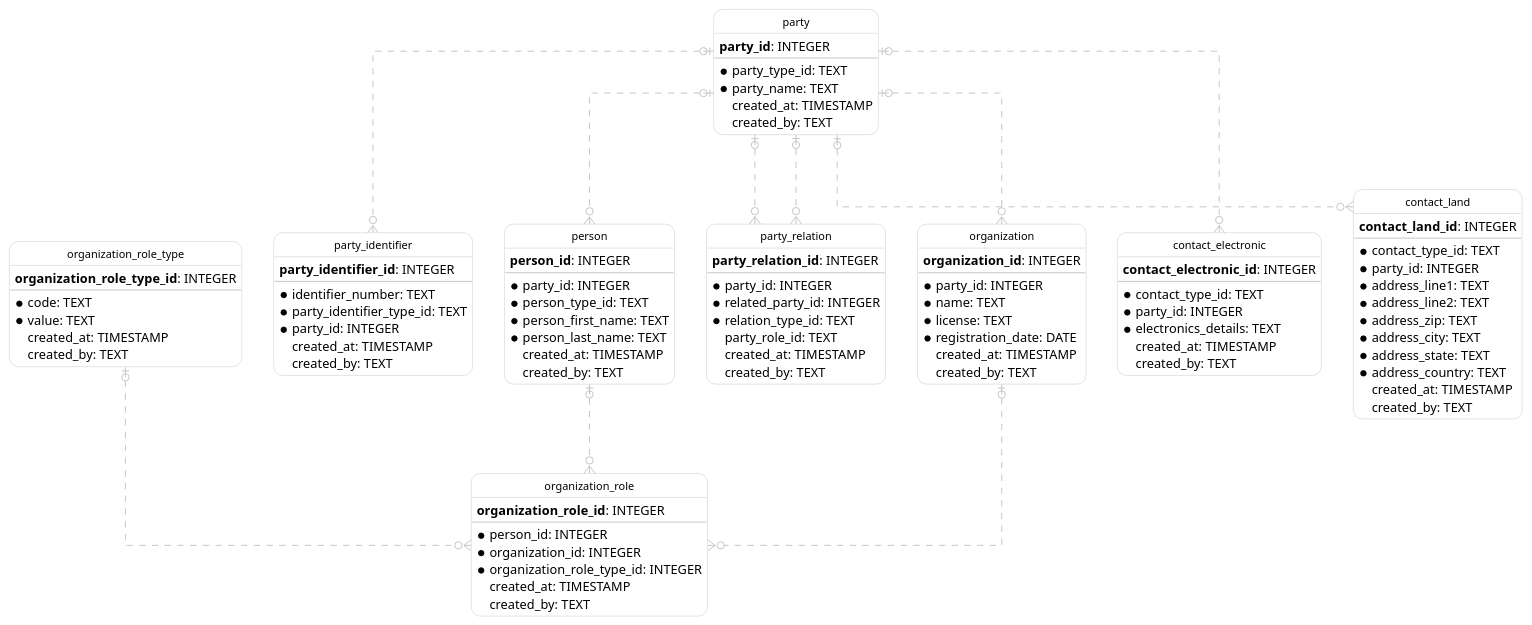
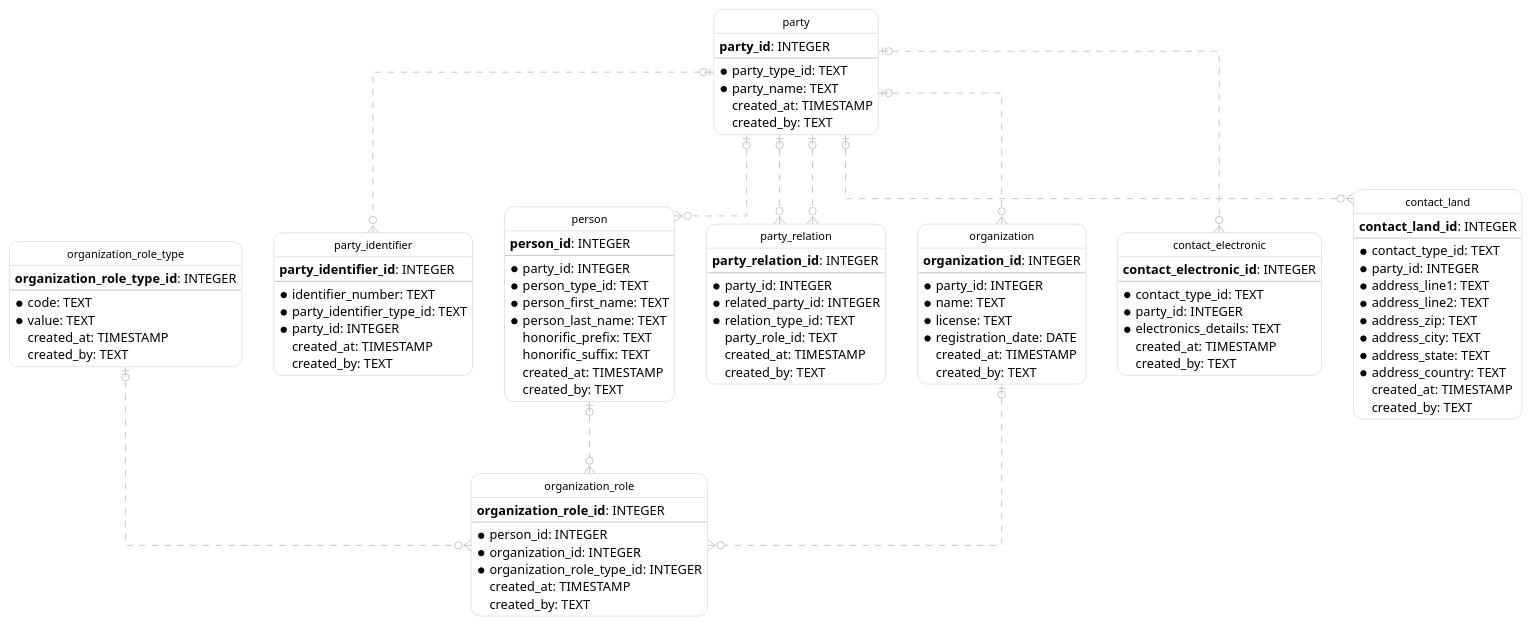
The diagram in pattern/udm/models_test.fixture.puml (netspective-labs/sql-aide), drawn with PlantUML before and after one commit. The commit also changed 14 other files, not shown here.

```diff
--- a/pattern/udm/models_test.fixture.puml
+++ b/pattern/udm/models_test.fixture.puml
@@ -1,119 +1,121 @@
 @startuml IE
   hide circle
   skinparam linetype ortho
   skinparam roundcorner 20
   skinparam class {
     BackgroundColor White
     ArrowColor Silver
     BorderColor Silver
     FontColor Black
     FontSize 12
   }
 
   entity "organization_role_type" as organization_role_type {
       **organization_role_type_id**: INTEGER
     --
     * code: TEXT
     * value: TEXT
       created_at: TIMESTAMP
       created_by: TEXT
   }
 
   entity "party" as party {
       **party_id**: INTEGER
     --
     * party_type_id: TEXT
     * party_name: TEXT
       created_at: TIMESTAMP
       created_by: TEXT
   }
 
   entity "party_identifier" as party_identifier {
       **party_identifier_id**: INTEGER
     --
     * identifier_number: TEXT
     * party_identifier_type_id: TEXT
     * party_id: INTEGER
       created_at: TIMESTAMP
       created_by: TEXT
   }
 
   entity "person" as person {
       **person_id**: INTEGER
     --
     * party_id: INTEGER
     * person_type_id: TEXT
     * person_first_name: TEXT
     * person_last_name: TEXT
+      honorific_prefix: TEXT
+      honorific_suffix: TEXT
       created_at: TIMESTAMP
       created_by: TEXT
   }
 
   entity "party_relation" as party_relation {
       **party_relation_id**: INTEGER
     --
     * party_id: INTEGER
     * related_party_id: INTEGER
     * relation_type_id: TEXT
       party_role_id: TEXT
       created_at: TIMESTAMP
       created_by: TEXT
   }
 
   entity "organization" as organization {
       **organization_id**: INTEGER
     --
     * party_id: INTEGER
     * name: TEXT
     * license: TEXT
     * registration_date: DATE
       created_at: TIMESTAMP
       created_by: TEXT
   }
 
   entity "organization_role" as organization_role {
       **organization_role_id**: INTEGER
     --
     * person_id: INTEGER
     * organization_id: INTEGER
     * organization_role_type_id: INTEGER
       created_at: TIMESTAMP
       created_by: TEXT
   }
 
   entity "contact_electronic" as contact_electronic {
       **contact_electronic_id**: INTEGER
     --
     * contact_type_id: TEXT
     * party_id: INTEGER
     * electronics_details: TEXT
       created_at: TIMESTAMP
       created_by: TEXT
   }
 
   entity "contact_land" as contact_land {
       **contact_land_id**: INTEGER
     --
     * contact_type_id: TEXT
     * party_id: INTEGER
     * address_line1: TEXT
     * address_line2: TEXT
     * address_zip: TEXT
     * address_city: TEXT
     * address_state: TEXT
     * address_country: TEXT
       created_at: TIMESTAMP
       created_by: TEXT
   }
 
   party |o..o{ party_identifier
   party |o..o{ person
   party |o..o{ party_relation
   party |o..o{ party_relation
   party |o..o{ organization
   person |o..o{ organization_role
   organization |o..o{ organization_role
   organization_role_type |o..o{ organization_role
   party |o..o{ contact_electronic
   party |o..o{ contact_land
 @enduml
```
